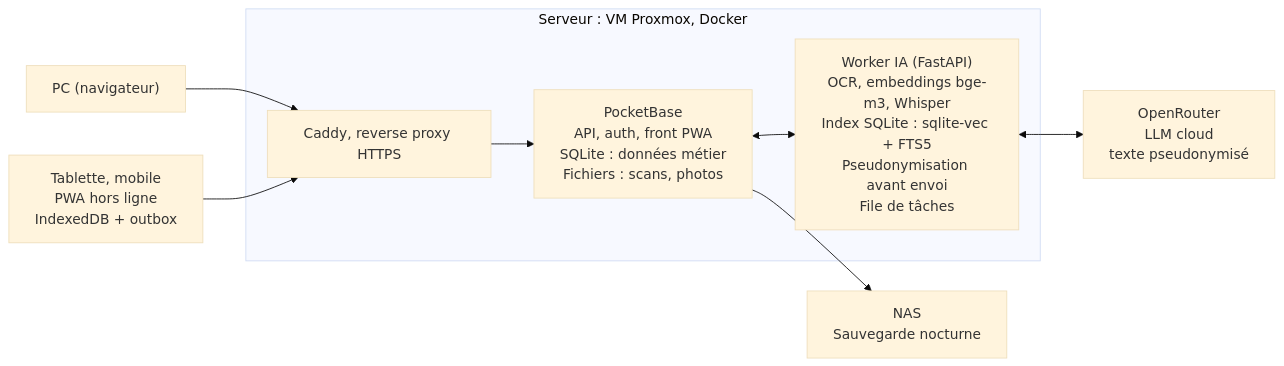
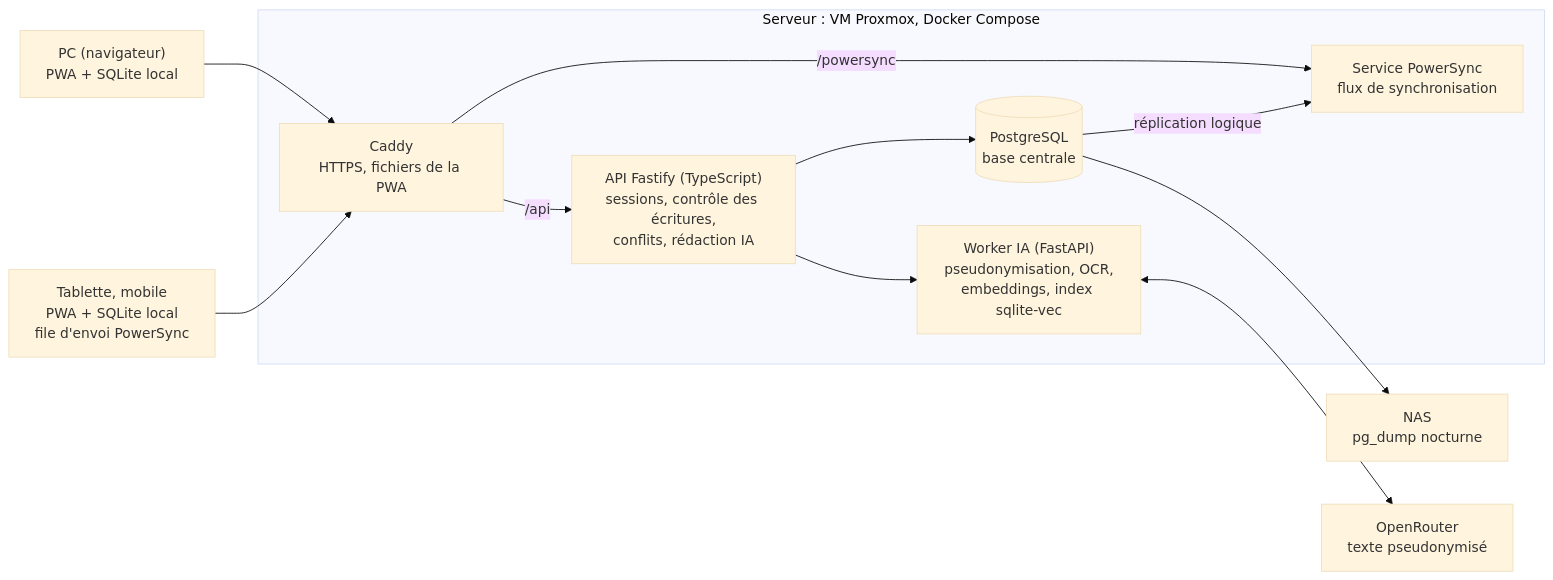
One commit to Midsnipee/gestion_copro changed the first of 2 diagrams in docs/specifications.md. Above: the diagram before and after it, drawn with Mermaid (base theme). The commit also changed other lines of this file and 75 other files, not shown here.

First line of the commit message:
refactor: stack React + PowerSync + Fastify + PostgreSQL

````diff
--- a/docs/specifications.md
+++ b/docs/specifications.md
@@ -86,11 +86,14 @@
 ```mermaid
 flowchart LR
-    PC["PC (navigateur)"] --> Caddy
-    Mobile["Tablette, mobile<br/>PWA hors ligne<br/>IndexedDB + outbox"] --> Caddy
-    subgraph VM["Serveur : VM Proxmox, Docker"]
-        Caddy["Caddy, reverse proxy HTTPS"] --> PB["PocketBase<br/>API, auth, front PWA<br/>SQLite : données métier<br/>Fichiers : scans, photos"]
-        PB <--> Worker["Worker IA (FastAPI)<br/>OCR, embeddings bge-m3, Whisper<br/>Index SQLite : sqlite-vec + FTS5<br/>Pseudonymisation avant envoi<br/>File de tâches"]
+    PC["PC (navigateur)<br/>PWA + SQLite local"] --> Caddy
+    Mobile["Tablette, mobile<br/>PWA + SQLite local<br/>file d'envoi PowerSync"] --> Caddy
+    subgraph VM["Serveur : VM Proxmox, Docker Compose"]
+        Caddy["Caddy<br/>HTTPS, fichiers de la PWA"] -->|/api| API["API Fastify (TypeScript)<br/>sessions, contrôle des écritures,<br/>conflits, rédaction IA"]
+        Caddy -->|/powersync| PS["Service PowerSync<br/>flux de synchronisation"]
+        API --> PG[("PostgreSQL<br/>base centrale")]
+        PG -->|réplication logique| PS
+        API --> Worker["Worker IA (FastAPI)<br/>pseudonymisation, OCR,<br/>embeddings, index sqlite-vec"]
     end
-    PB --> NAS["NAS<br/>Sauvegarde nocturne"]
-    Worker <--> OR["OpenRouter<br/>LLM cloud<br/>texte pseudonymisé"]
+    PG --> NAS["NAS<br/>pg_dump nocturne"]
+    Worker <--> OR["OpenRouter<br/>texte pseudonymisé"]
 ```
````
